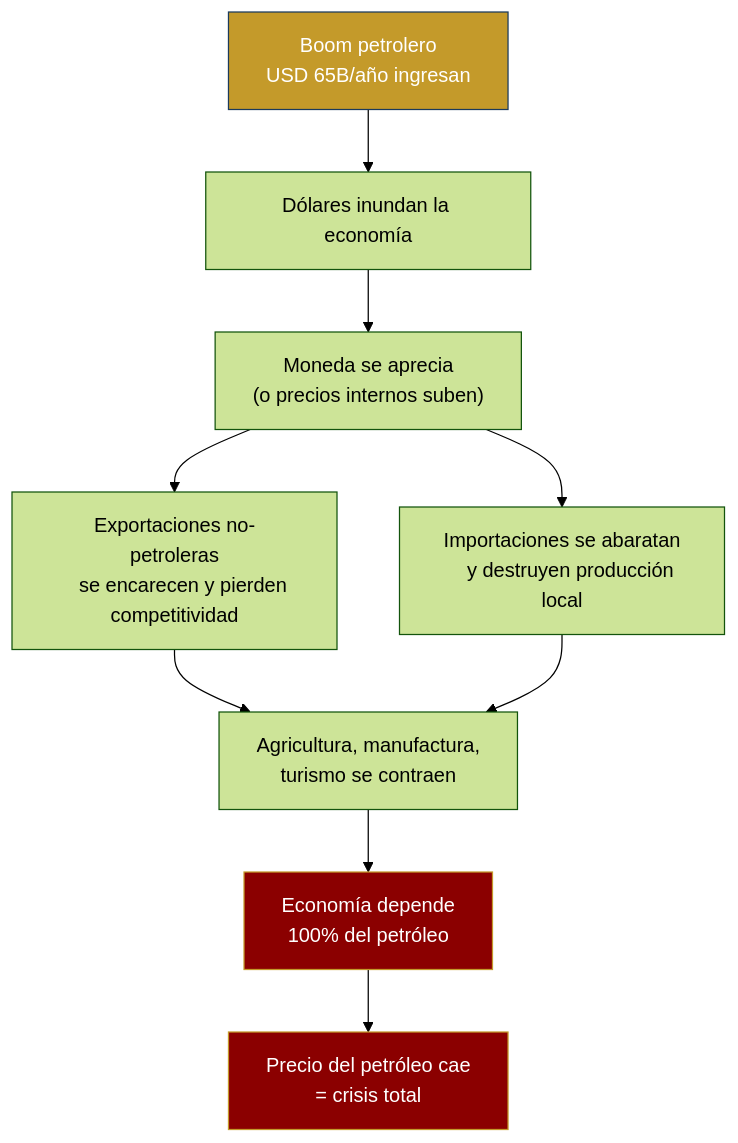
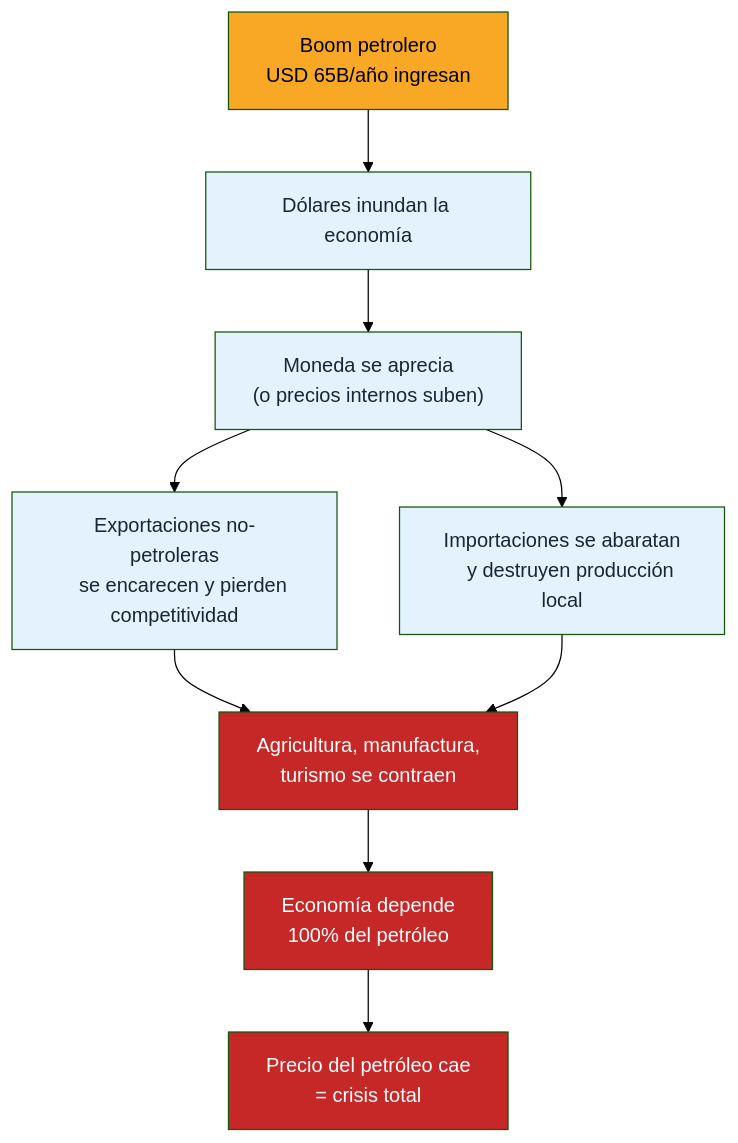
One commit to Venezuela-S-A/venezuela-sa changed the first of 3 diagrams in docs/02-motor-financiero/enfermedad-holandesa.md. Above: the diagram before and after it, drawn with Mermaid (forest theme). The commit also changed other lines of this file and 127 other files, not shown here.

````diff
--- a/docs/02-motor-financiero/enfermedad-holandesa.md
+++ b/docs/02-motor-financiero/enfermedad-holandesa.md
@@ -18,22 +18,27 @@
 ```mermaid
 flowchart TD
     A["Boom petrolero
     USD 65B/año ingresan"] --> B["Dólares inundan la economía"]
     B --> C["Moneda se aprecia
     (o precios internos suben)"]
     C --> D["Exportaciones no-petroleras
     se encarecen y pierden competitividad"]
     C --> E["Importaciones se abaratan
     y destruyen producción local"]
     D --> F["Agricultura, manufactura,
     turismo se contraen"]
     E --> F
     F --> G["Economía depende
     100% del petróleo"]
     G --> H["Precio del petróleo cae
     = crisis total"]
 
-    style A fill:#C49A2A,stroke:#1B3A5C,color:#fff
-    style G fill:#8B0000,stroke:#C49A2A,color:#fff
-    style H fill:#8B0000,stroke:#C49A2A,color:#fff
+    style A fill:#F9A825,color:#000
+    style B fill:#E3F2FD,color:#1B2631
+    style C fill:#E3F2FD,color:#1B2631
+    style D fill:#E3F2FD,color:#1B2631
+    style E fill:#E3F2FD,color:#1B2631
+    style F fill:#C62828,color:#fff
+    style G fill:#C62828,color:#fff
+    style H fill:#C62828,color:#fff
 ```
````
